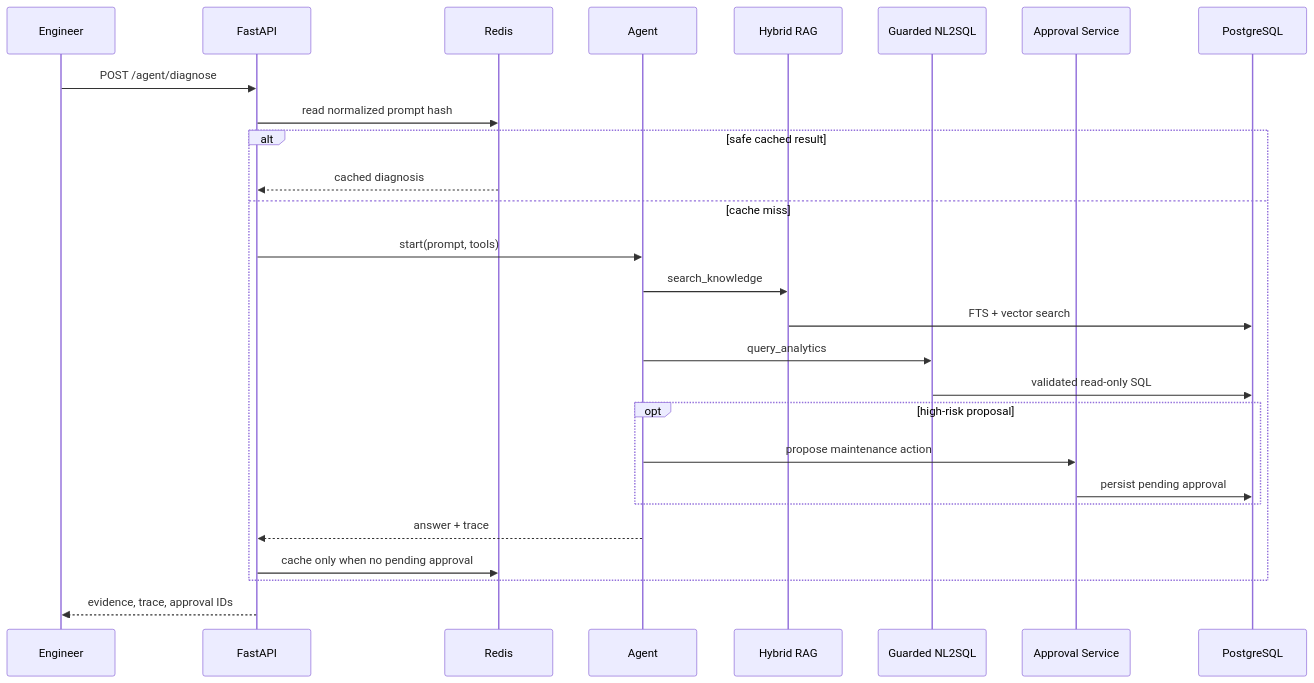
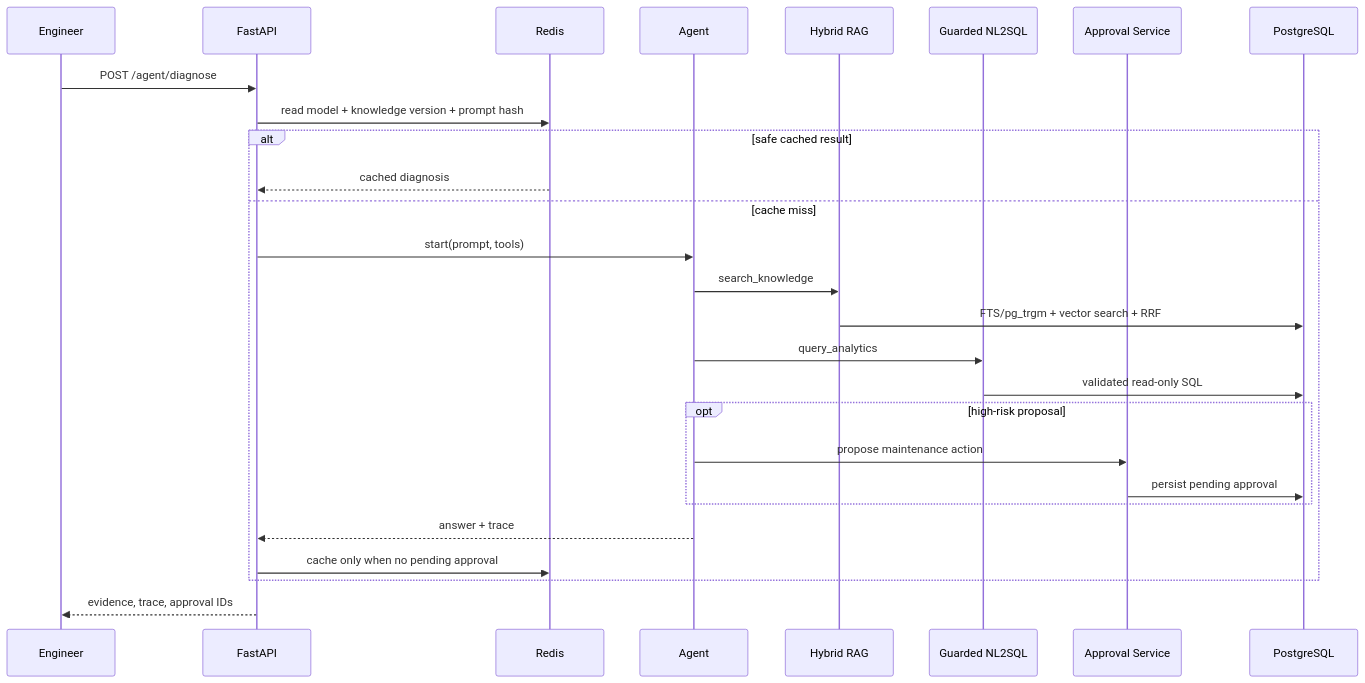
The diagram in docs/architecture.md (nobody213123/fabcopilot), drawn with Mermaid before and after one commit. The commit also changed other lines of this file and 43 other files, not shown here.

````diff
--- a/docs/architecture.md
+++ b/docs/architecture.md
@@ -16,30 +16,30 @@
 ```mermaid
 sequenceDiagram
     participant U as Engineer
     participant A as FastAPI
     participant C as Redis
     participant G as Agent
     participant K as Hybrid RAG
     participant S as Guarded NL2SQL
     participant P as Approval Service
     participant D as PostgreSQL
 
     U->>A: POST /agent/diagnose
-    A->>C: read normalized prompt hash
+    A->>C: read model + knowledge version + prompt hash
     alt safe cached result
         C-->>A: cached diagnosis
     else cache miss
         A->>G: start(prompt, tools)
         G->>K: search_knowledge
-        K->>D: FTS + vector search
+        K->>D: FTS/pg_trgm + vector search + RRF
         G->>S: query_analytics
         S->>D: validated read-only SQL
         opt high-risk proposal
             G->>P: propose maintenance action
             P->>D: persist pending approval
         end
         G-->>A: answer + trace
         A->>C: cache only when no pending approval
     end
     A-->>U: evidence, trace, approval IDs
 ```
````
